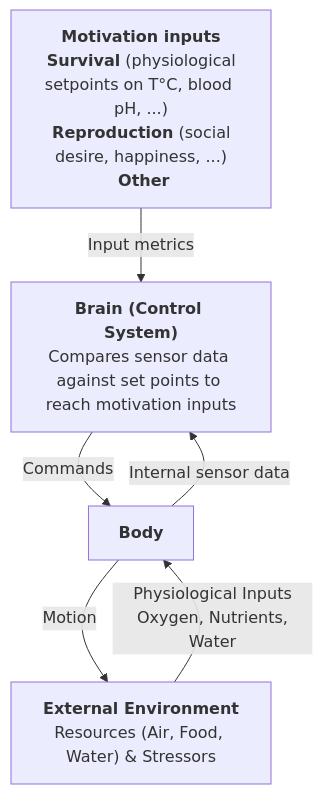
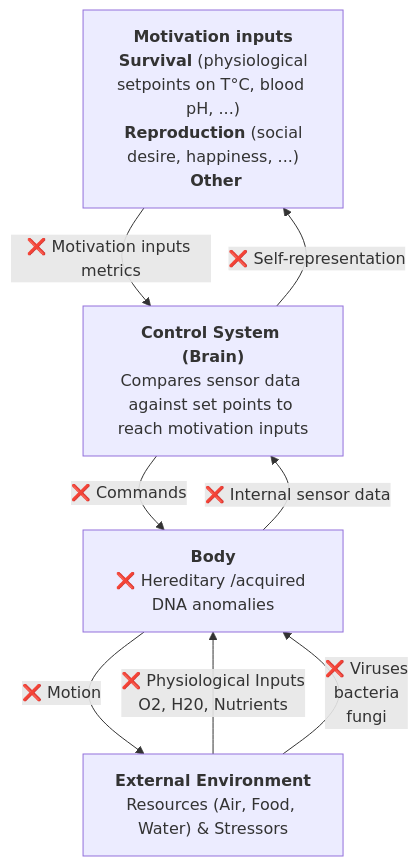
One commit to sylllp/sylllp.github.io changed the third of 3 diagrams in _posts/2026-05-29-why-are-we-sick.markdown. Above: the diagram before and after it, drawn with Mermaid. The commit also changed other lines of this file, not shown here.

````diff
--- a/_posts/2026-05-29-why-are-we-sick.markdown
+++ b/_posts/2026-05-29-why-are-we-sick.markdown
@@ -223,18 +223,19 @@
 ```mermaid
 flowchart TB
     %% Nodes
     
     setpoints["<b>Motivation inputs</b><br/><b> Survival</b> (physiological setpoints on T°C, blood pH, ...)<br/><b> Reproduction</b> (social desire, happiness, ...)<br/><b> Other</b>"]
-    brain["<b>Brain (Control System)</b><br/>Compares sensor data against set points to reach motivation inputs"]
-    body["<b>Body</b><br/>"]
+    brain["<b>Control System (Brain)</b><br/>Compares sensor data against set points to reach motivation inputs"]
+    body["<b>Body</b><br/>❌ Hereditary /acquired DNA anomalies"]
     env["<b>External Environment</b><br/>Resources (Air, Food, Water) & Stressors"]
 
 
-    setpoints --> |Input metrics| brain
-    
-    brain --> |Commands| body
-    body --> |Internal sensor data| brain
-    body --> |Motion| env
-    env --> |Physiological Inputs<br/> Oxygen, Nutrients, Water| body
+    setpoints --> |❌ Motivation inputs metrics| brain
+    brain-->|❌ Self-representation| setpoints
+    brain --> |❌ Commands| body
+    body --> |❌ Internal sensor data| brain
+    body --> |❌ Motion| env
+    env --> |❌ Physiological Inputs<br/> O2, H20, Nutrients| body
+    env --> |❌ Viruses<br/>bacteria<br/>fungi| body
 
 ```
````
